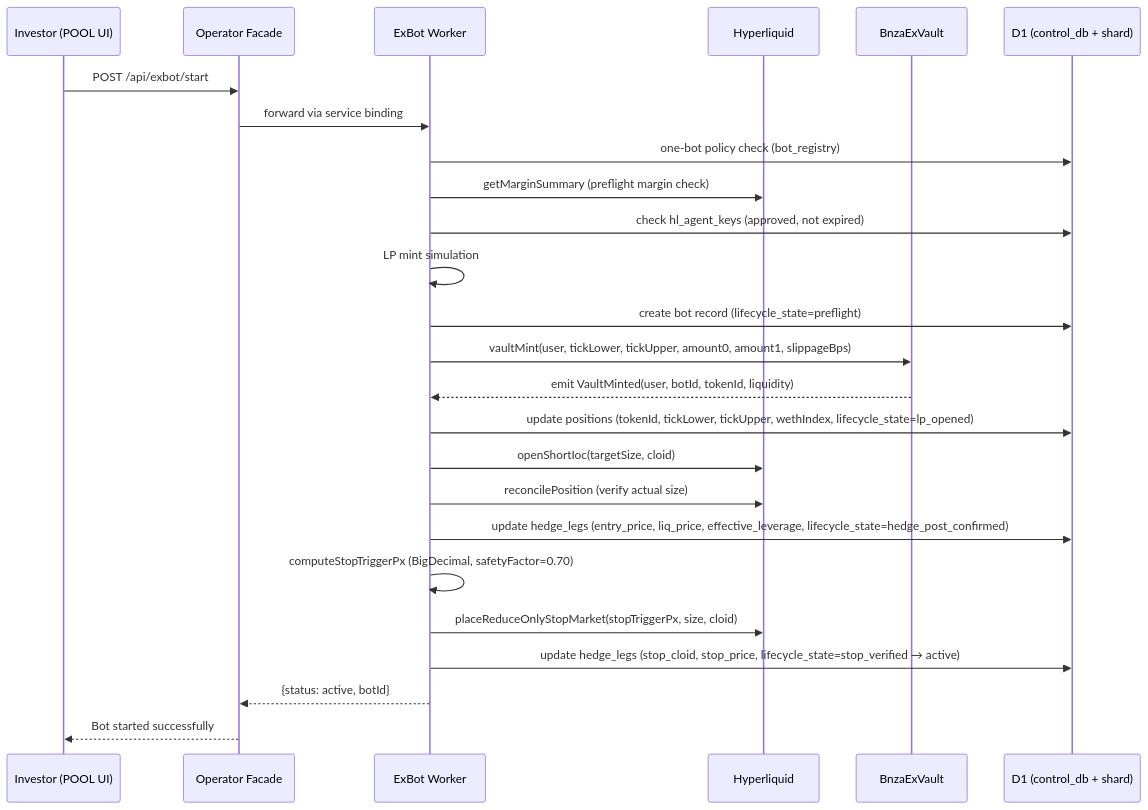
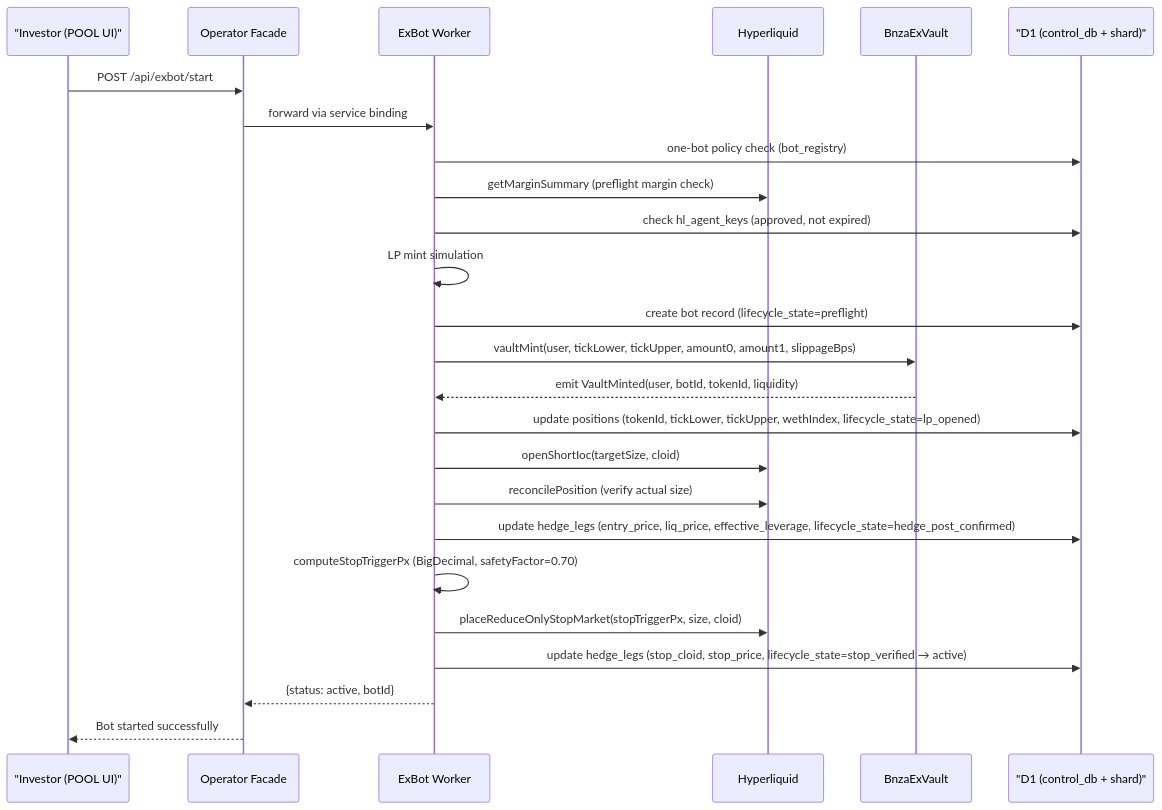
Before and after one commit to TrinhBuiSotatek/Bonanzapool: the third of 5 diagrams in docs/BA/plans/bnza-sotatek-260519-0000/03_modules/exbot/srs/flows.md, drawn with Mermaid. The commit also changed other lines of this file and 23 other files, not shown here.

````diff
--- a/docs/BA/plans/bnza-sotatek-260519-0000/03_modules/exbot/srs/flows.md
+++ b/docs/BA/plans/bnza-sotatek-260519-0000/03_modules/exbot/srs/flows.md
@@ -85,32 +85,32 @@
 ```mermaid
 sequenceDiagram
-    participant INV as Investor (POOL UI)
+    participant INV as "Investor (POOL UI)"
     participant OP as Operator Facade
     participant EXW as ExBot Worker
     participant HL as Hyperliquid
     participant VAULT as BnzaExVault
-    participant D1 as D1 (control_db + shard)
+    participant D1 as "D1 (control_db + shard)"
 
     INV->>OP: POST /api/exbot/start
     OP->>EXW: forward via service binding
     EXW->>D1: one-bot policy check (bot_registry)
     EXW->>HL: getMarginSummary (preflight margin check)
     EXW->>D1: check hl_agent_keys (approved, not expired)
     EXW->>EXW: LP mint simulation
     EXW->>D1: create bot record (lifecycle_state=preflight)
 
     EXW->>VAULT: vaultMint(user, tickLower, tickUpper, amount0, amount1, slippageBps)
     VAULT-->>EXW: emit VaultMinted(user, botId, tokenId, liquidity)
     EXW->>D1: update positions (tokenId, tickLower, tickUpper, wethIndex, lifecycle_state=lp_opened)
 
     EXW->>HL: openShortIoc(targetSize, cloid)
     EXW->>HL: reconcilePosition (verify actual size)
     EXW->>D1: update hedge_legs (entry_price, liq_price, effective_leverage, lifecycle_state=hedge_post_confirmed)
 
     EXW->>EXW: computeStopTriggerPx (BigDecimal, safetyFactor=0.70)
     EXW->>HL: placeReduceOnlyStopMarket(stopTriggerPx, size, cloid)
     EXW->>D1: update hedge_legs (stop_cloid, stop_price, lifecycle_state=stop_verified → active)
 
     EXW-->>OP: {status: active, botId}
     OP-->>INV: Bot started successfully
 ```
````
